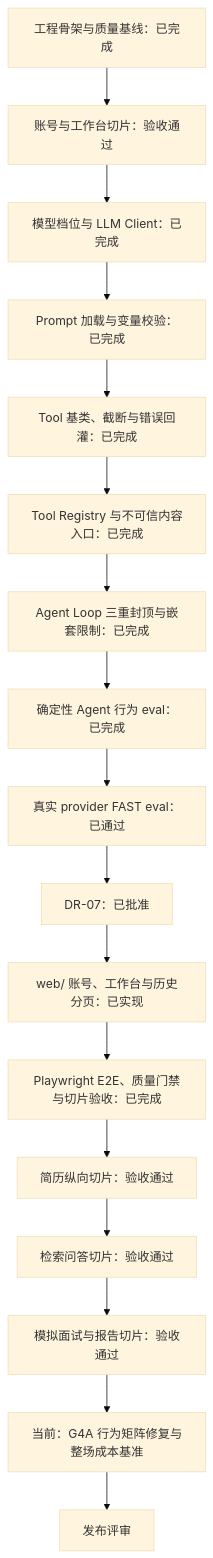
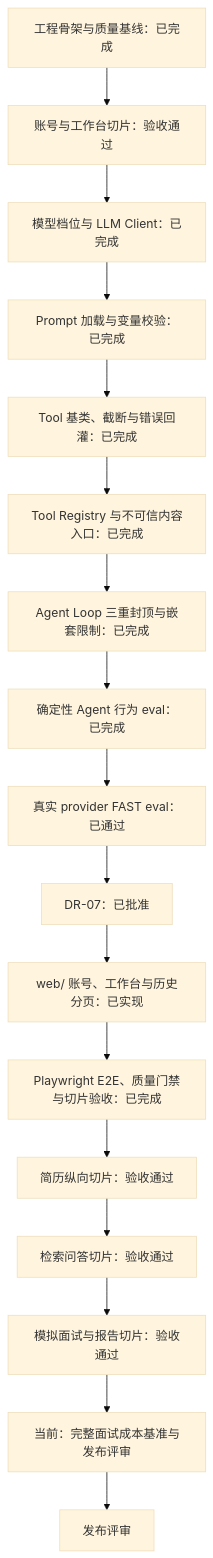
Before and after one commit to Rainloury/technical-interview-agent: the diagram in docs/next-steps.md, drawn with Mermaid (base theme). The commit also changed other lines of this file and 13 other files, not shown here.

````diff
--- a/docs/next-steps.md
+++ b/docs/next-steps.md
@@ -53,19 +53,19 @@
 ```mermaid
 flowchart TD
     S0["工程骨架与质量基线：已完成"] --> N0["账号与工作台切片：验收通过"]
     N0 --> N1["模型档位与 LLM Client：已完成"]
     N1 --> N2["Prompt 加载与变量校验：已完成"]
     N2 --> N3["Tool 基类、截断与错误回灌：已完成"]
     N3 --> N4["Tool Registry 与不可信内容入口：已完成"]
     N4 --> N5["Agent Loop 三重封顶与嵌套限制：已完成"]
     N5 --> N6["确定性 Agent 行为 eval：已完成"]
     N6 --> N7["真实 provider FAST eval：已通过"]
     N7 --> N8["DR-07：已批准"]
     N8 --> N9["web/ 账号、工作台与历史分页：已实现"]
     N9 --> N10["Playwright E2E、质量门禁与切片验收：已完成"]
     N10 --> N11["简历纵向切片：验收通过"]
     N11 --> N12["检索问答切片：验收通过"]
     N12 --> N13["模拟面试与报告切片：验收通过"]
-    N13 --> N14["当前：G4A 行为矩阵修复与整场成本基准"]
+    N13 --> N14["当前：完整面试成本基准与发布评审"]
     N14 --> N15["发布评审"]
 ```
````
